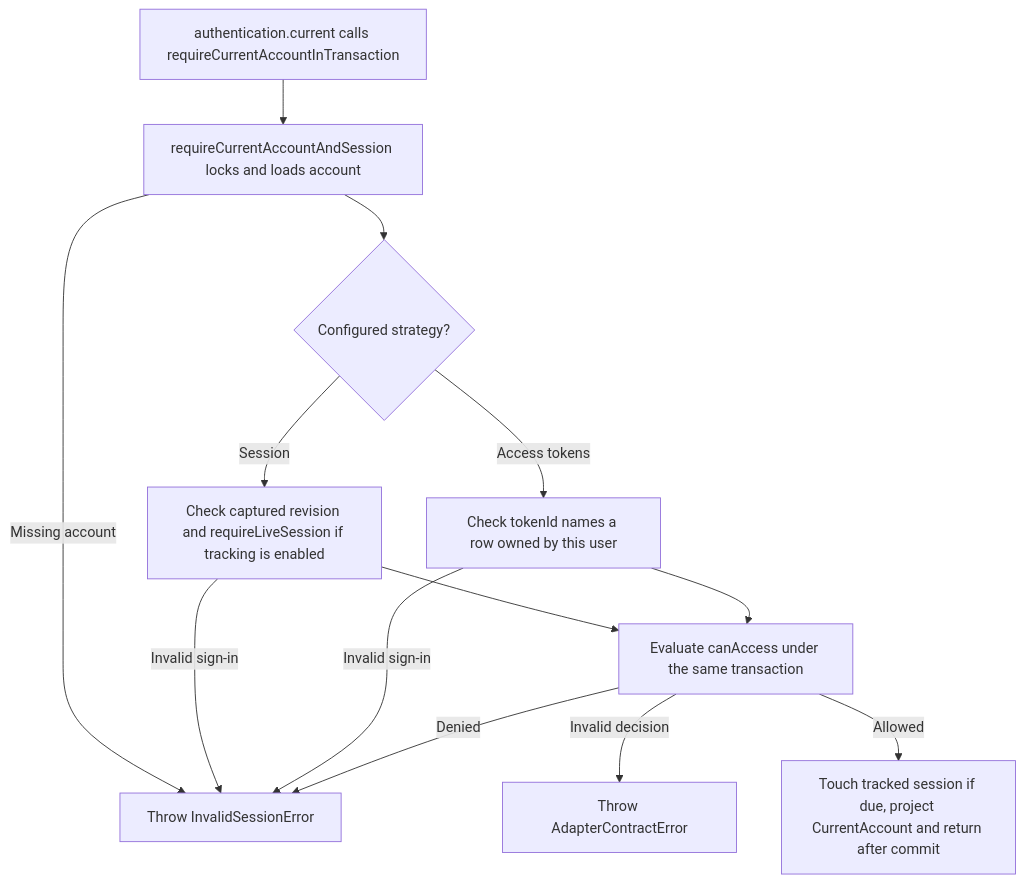
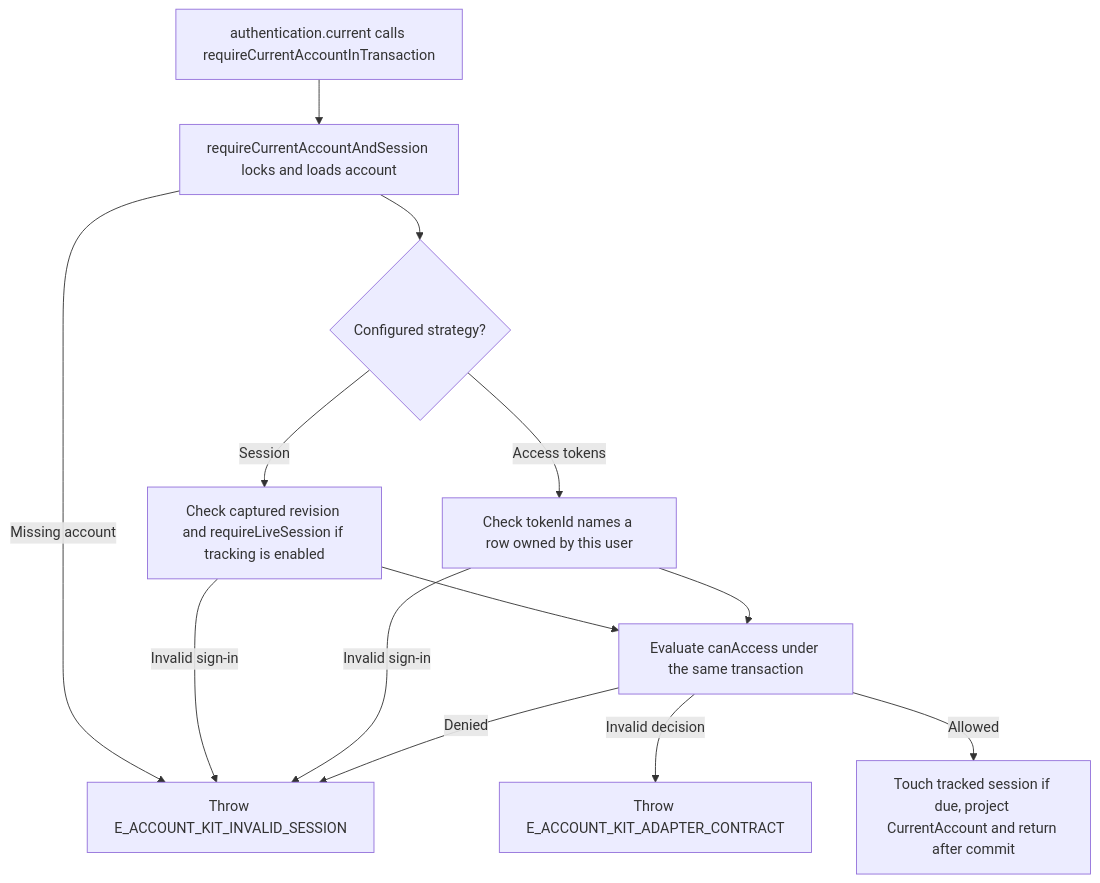
One commit to Kevinjohn/oss-adonisjs-account-kit changed the second of 2 diagrams in user-stories/US-ACCOUNT-39-current-account.md. Above: the diagram before and after it, drawn with Mermaid. The commit also changed other lines of this file and 362 other files, not shown here.

````diff
--- a/user-stories/US-ACCOUNT-39-current-account.md
+++ b/user-stories/US-ACCOUNT-39-current-account.md
@@ -30,15 +30,15 @@
 ```mermaid
 flowchart TD
  A["authentication.current calls requireCurrentAccountInTransaction"] --> B["requireCurrentAccountAndSession locks and loads account"]
  B --> S{"Configured strategy?"}
  S -->|Session| R["Check captured revision and requireLiveSession if tracking is enabled"]
  S -->|Access tokens| T["Check tokenId names a row owned by this user"]
  R --> P["Evaluate canAccess under the same transaction"]
  T --> P
- B -->|Missing account| D["Throw InvalidSessionError"]
+ B -->|Missing account| D["Throw E_ACCOUNT_KIT_INVALID_SESSION"]
  R -->|Invalid sign-in| D
  T -->|Invalid sign-in| D
  P -->|Denied| D
- P -->|Invalid decision| V["Throw AdapterContractError"]
+ P -->|Invalid decision| V["Throw E_ACCOUNT_KIT_ADAPTER_CONTRACT"]
  P -->|Allowed| E["Touch tracked session if due, project CurrentAccount and return after commit"]
 ```
````
